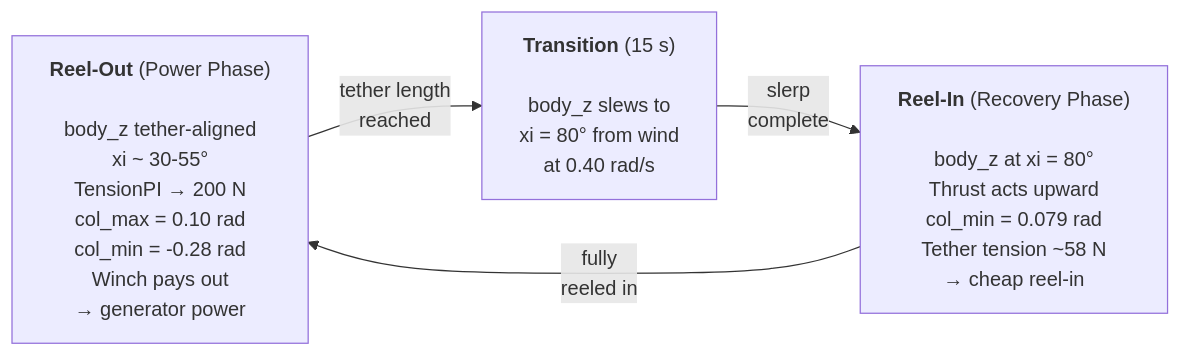
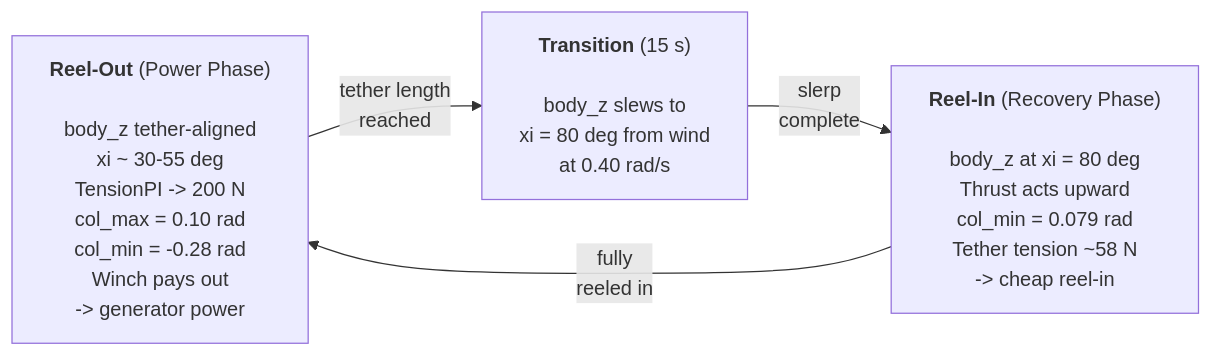
One commit to mcroomp/windpower changed the second of 3 diagrams in system/stack.md. Above: the diagram before and after it, drawn with Mermaid. The commit also changed other lines of this file and 1 other file, not shown here.

````diff
--- a/system/stack.md
+++ b/system/stack.md
@@ -130,10 +142,10 @@
 ```mermaid
 flowchart LR
-    RO["<b>Reel-Out</b> (Power Phase)<BR/><BR/>body_z tether-aligned<BR/>xi ~ 30-55°<BR/>TensionPI → 200 N<BR/>col_max = 0.10 rad<BR/>col_min = -0.28 rad<BR/>Winch pays out<BR/>→ generator power"]
-    TR["<b>Transition</b> (15 s)<BR/><BR/>body_z slews to<BR/>xi = 80° from wind<BR/>at 0.40 rad/s"]
-    RI["<b>Reel-In</b> (Recovery Phase)<BR/><BR/>body_z at xi = 80°<BR/>Thrust acts upward<BR/>col_min = 0.079 rad<BR/>Tether tension ~58 N<BR/>→ cheap reel-in"]
+    RO["<b>Reel-Out</b> (Power Phase)<BR/><BR/>body_z tether-aligned<BR/>xi ~ 30-55 deg<BR/>TensionPI -> 200 N<BR/>col_max = 0.10 rad<BR/>col_min = -0.28 rad<BR/>Winch pays out<BR/>-> generator power"]
+    TR["<b>Transition</b> (15 s)<BR/><BR/>body_z slews to<BR/>xi = 80 deg from wind<BR/>at 0.40 rad/s"]
+    RI["<b>Reel-In</b> (Recovery Phase)<BR/><BR/>body_z at xi = 80 deg<BR/>Thrust acts upward<BR/>col_min = 0.079 rad<BR/>Tether tension ~58 N<BR/>-> cheap reel-in"]
 
     RO -->|"tether length<BR/>reached"| TR
     TR -->|"slerp<BR/>complete"| RI
     RI -->|"fully<BR/>reeled in"| RO
 ```
````
